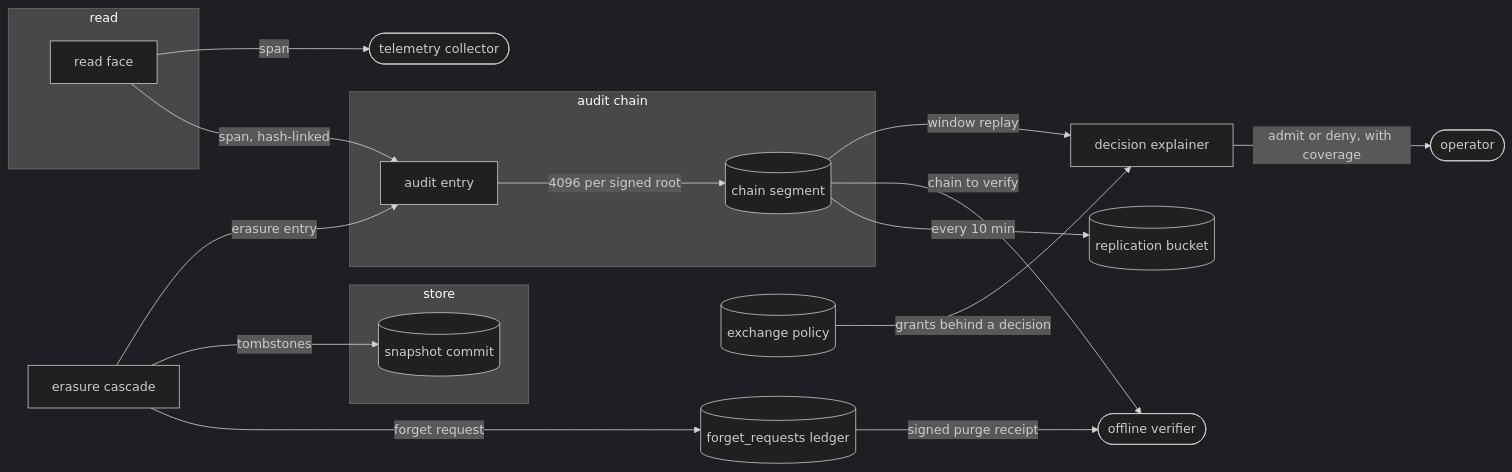
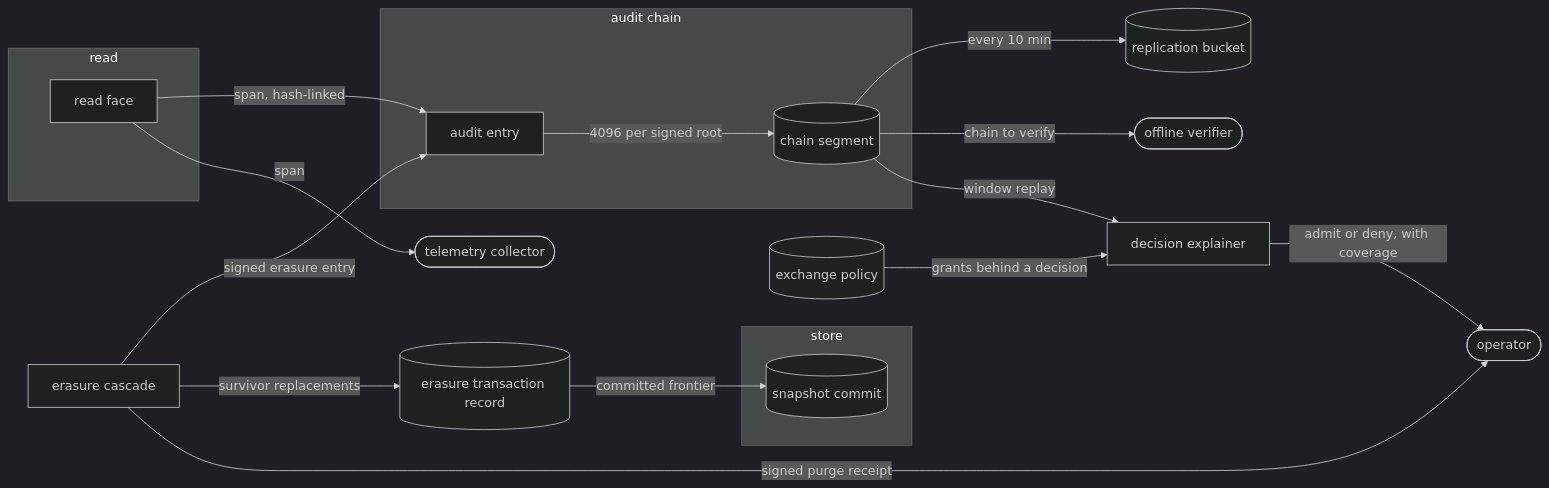
Before and after one commit to fractalboxdev/contextful: the first of 5 diagrams in spec/62-accountability.md, drawn with Mermaid (dark theme). The commit also changed other lines of this file and 5 other files, not shown here.

````diff
--- a/spec/62-accountability.md
+++ b/spec/62-accountability.md
@@ -21,33 +21,33 @@
 ```mermaid
 flowchart LR
   subgraph READ["read"]
     RD["read face"]
   end
   subgraph CHAIN["audit chain"]
     ENTRY["audit entry"]
     SEG[("chain segment")]
   end
   subgraph STORE["store"]
     SNAP[("snapshot commit")]
   end
   TEL(["telemetry collector"])
   BKT[("replication bucket")]
   VER(["offline verifier"])
   ACC[("exchange policy")]
   EXPLAINER["decision explainer"]
   OPS(["operator"])
   ERASER["erasure cascade"]
-  LEDGER[("forget_requests ledger")]
+  TXN[("erasure transaction record")]
   RD -->|"span, hash-linked"| ENTRY
   RD -->|"span"| TEL
   ENTRY -->|"4096 per signed root"| SEG
   SEG -->|"every 10 min"| BKT
   SEG -->|"chain to verify"| VER
   ACC -->|"grants behind a decision"| EXPLAINER
   SEG -->|"window replay"| EXPLAINER
   EXPLAINER -->|"admit or deny, with coverage"| OPS
-  ERASER -->|"forget request"| LEDGER
-  ERASER -->|"tombstones"| SNAP
-  ERASER -->|"erasure entry"| ENTRY
-  LEDGER -->|"signed purge receipt"| VER
+  ERASER -->|"signed erasure entry"| ENTRY
+  ERASER -->|"survivor replacements"| TXN
+  TXN -->|"committed frontier"| SNAP
+  ERASER -->|"signed purge receipt"| OPS
 ```
````
